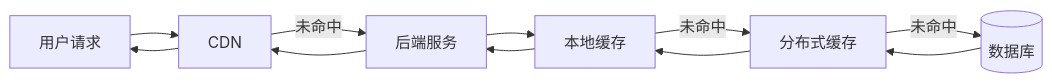
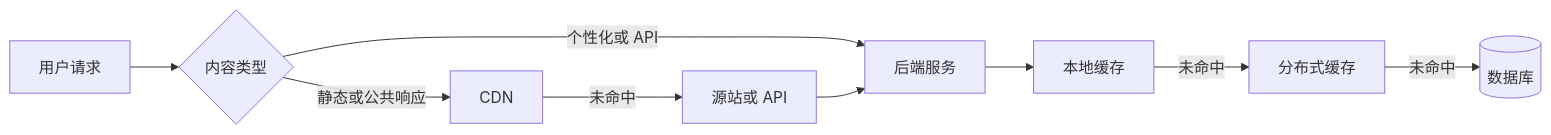
Before and after one commit to AI-PM-Wiki/AIPM: the first of 2 diagrams in docs/tech/caching.md, drawn with Mermaid. The commit also changed other lines of this file and 248 other files, not shown here.

````diff
--- a/docs/tech/caching.md
+++ b/docs/tech/caching.md
@@ -11,13 +11,11 @@
 ```mermaid
 flowchart LR
-    user[用户请求] --> cdn[CDN]
-    cdn -->|未命中| api[后端服务]
+    user[用户请求] --> kind{内容类型}
+    kind -->|静态或公共响应| cdn[CDN]
+    kind -->|个性化或 API| api[后端服务]
+    cdn -->|未命中| origin[源站或 API]
+    origin --> api
     api --> local[本地缓存]
     local -->|未命中| dist[分布式缓存]
     dist -->|未命中| db[(数据库)]
-    db --> dist
-    dist --> local
-    local --> api
-    api --> cdn
-    cdn --> user
 ```
````
